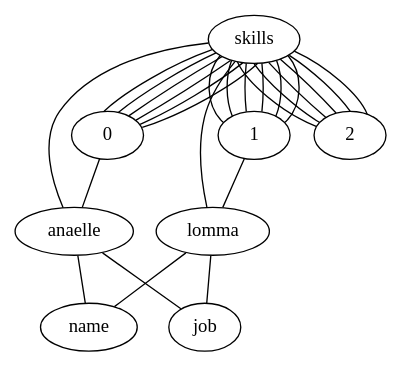
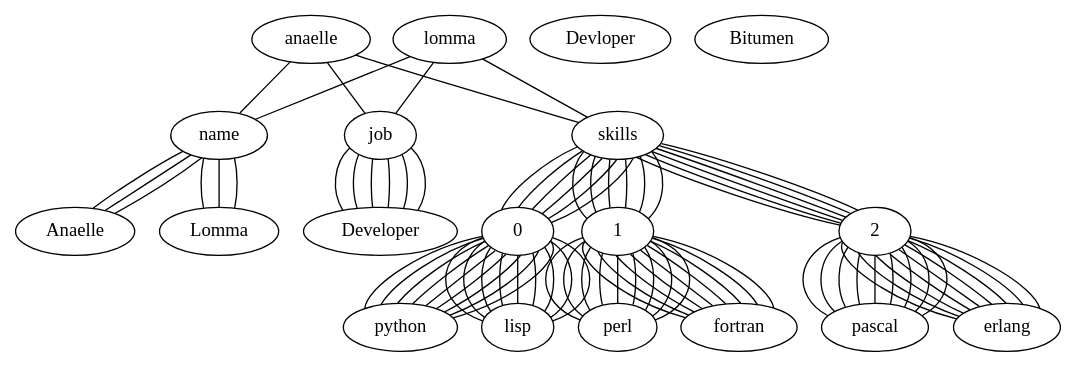
The diagram in export/viz.dot (gdarquie/dbviz), drawn with Graphviz before and after one commit. The commit also changed 4 other files, not shown here.

```diff
--- a/export/viz.dot
+++ b/export/viz.dot
@@ -1,28 +1,92 @@
 graph {
+name--Anaelle Devloper
+job--Developer
+0--python
+1--perl
+2--pascal
 skills--0
+0--python
+1--perl
+2--pascal
 skills--1
+0--python
+1--perl
+2--pascal
 skills--2
 anaelle--name
+name--Anaelle Devloper
+job--Developer
+0--python
+1--perl
+2--pascal
 skills--0
+0--python
+1--perl
+2--pascal
 skills--1
+0--python
+1--perl
+2--pascal
 skills--2
 anaelle--job
+name--Anaelle Devloper
+job--Developer
+0--python
+1--perl
+2--pascal
 skills--0
+0--python
+1--perl
+2--pascal
 skills--1
+0--python
+1--perl
+2--pascal
 skills--2
 anaelle--skills
-0--anaelle
+name--Lomma Bitumen
+job--Developer
+0--lisp
+1--fortran
+2--erlang
 skills--0
+0--lisp
+1--fortran
+2--erlang
 skills--1
+0--lisp
+1--fortran
+2--erlang
 skills--2
 lomma--name
+name--Lomma Bitumen
+job--Developer
+0--lisp
+1--fortran
+2--erlang
 skills--0
+0--lisp
+1--fortran
+2--erlang
 skills--1
+0--lisp
+1--fortran
+2--erlang
 skills--2
 lomma--job
+name--Lomma Bitumen
+job--Developer
+0--lisp
+1--fortran
+2--erlang
 skills--0
+0--lisp
+1--fortran
+2--erlang
 skills--1
+0--lisp
+1--fortran
+2--erlang
 skills--2
 lomma--skills
-1--lomma
 }
```
